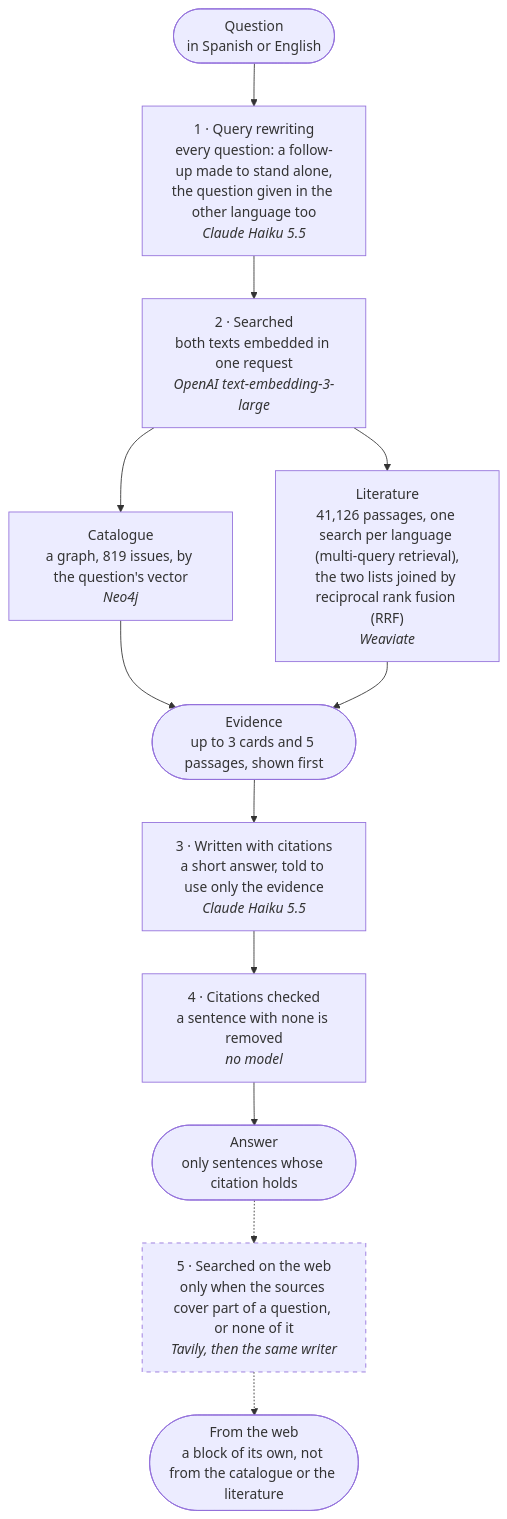
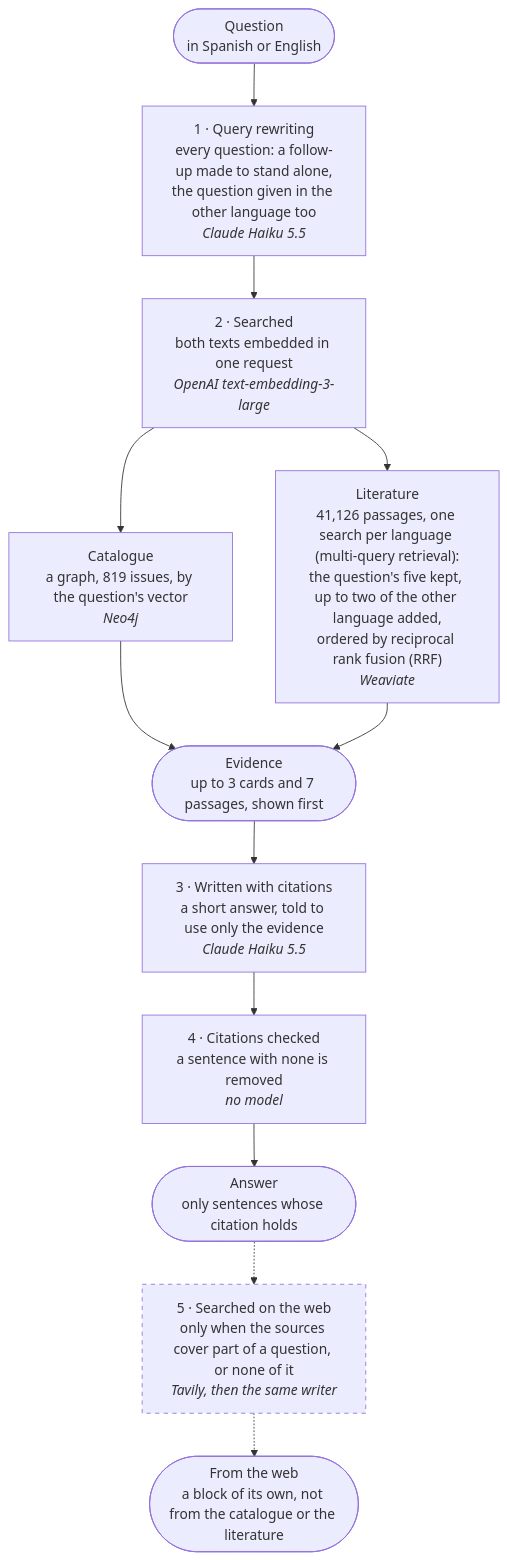
The diagram in README.md (TecnologiasVM/oxcart), drawn with Mermaid before and after one commit. The commit also changed other lines of this file and 15 other files, not shown here.

````diff
--- a/README.md
+++ b/README.md
@@ -99,16 +101,16 @@
 ```mermaid
 flowchart TD
     Q(["Question<br/>in Spanish or English"]) --> R
     R["1 · Query rewriting<br/>every question: a follow-up made to stand alone,<br/>the question given in the other language too<br/><i>Claude Haiku 5.5</i>"] --> S
     S["2 · Searched<br/>both texts embedded in one request<br/><i>OpenAI text-embedding-3-large</i>"] --> C
     S --> L
     C["Catalogue<br/>a graph, 819 issues, by the question's vector<br/><i>Neo4j</i>"] --> E
-    L["Literature<br/>41,126 passages, one search per language (multi-query retrieval),<br/>the two lists joined by reciprocal rank fusion (RRF)<br/><i>Weaviate</i>"] --> E
-    E(["Evidence<br/>up to 3 cards and 5 passages, shown first"]) --> W
+    L["Literature<br/>41,126 passages, one search per language (multi-query retrieval):<br/>the question's five kept, up to two of the other language added,<br/>ordered by reciprocal rank fusion (RRF)<br/><i>Weaviate</i>"] --> E
+    E(["Evidence<br/>up to 3 cards and 7 passages, shown first"]) --> W
     W["3 · Written with citations<br/>a short answer, told to use only the evidence<br/><i>Claude Haiku 5.5</i>"] --> K
     K["4 · Citations checked<br/>a sentence with none is removed<br/><i>no model</i>"] --> A
     A(["Answer<br/>only sentences whose citation holds"]) -.-> X
     X["5 · Searched on the web<br/>only when the sources cover part of a question, or none of it<br/><i>Tavily, then the same writer</i>"] -.-> B
     B(["From the web<br/>a block of its own, not from the catalogue or the literature"])
     style X stroke-dasharray: 5 5
 ```
````
